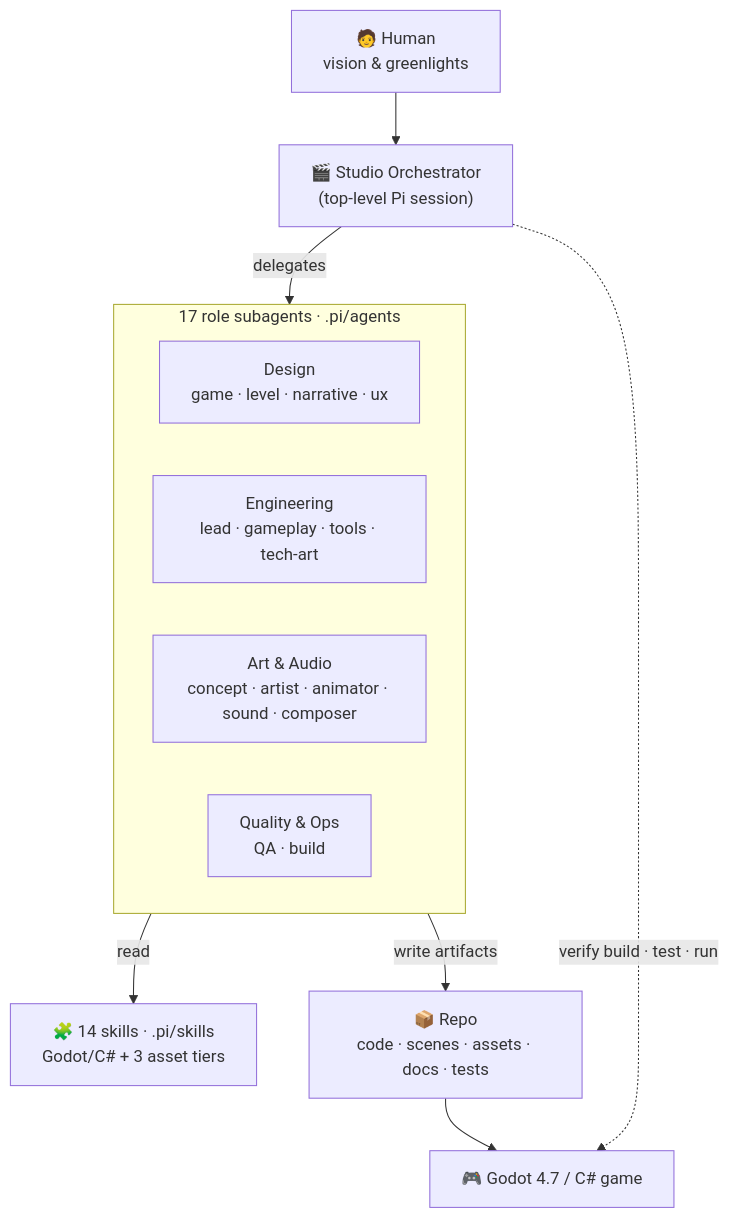
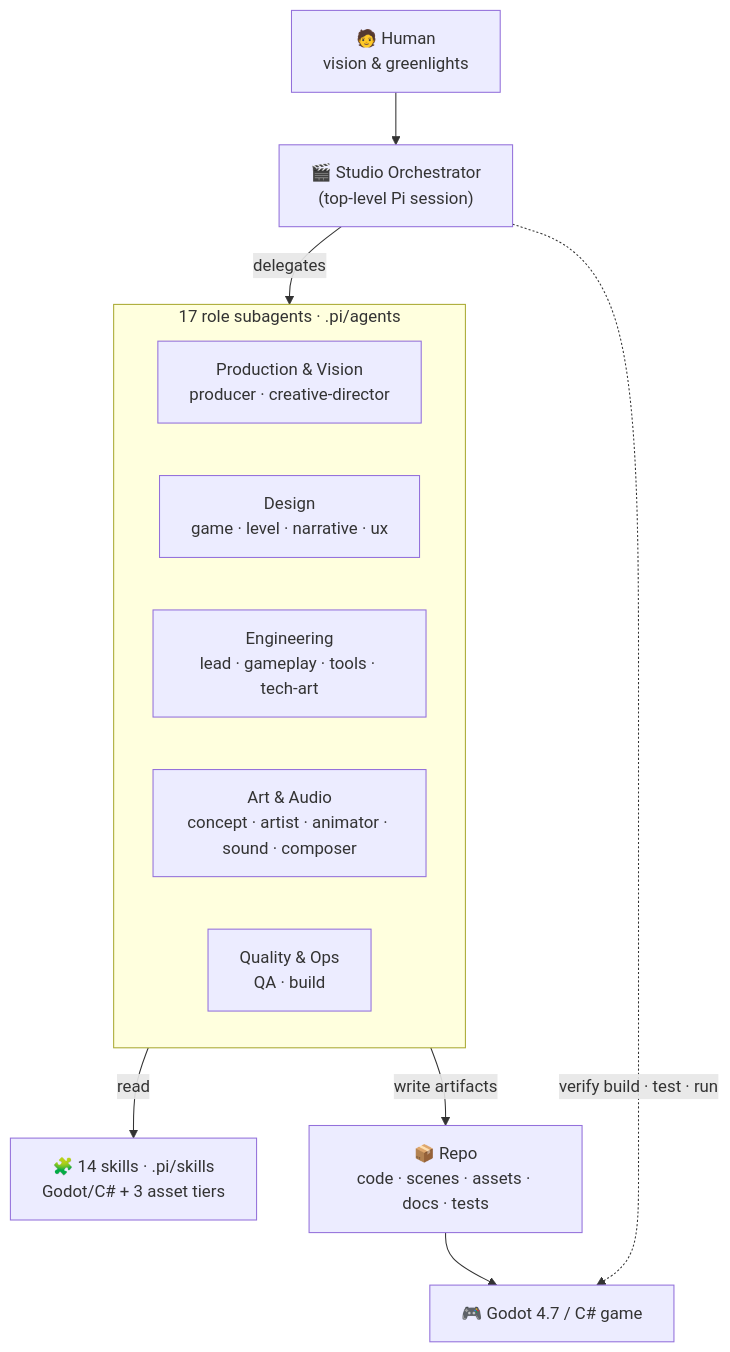
Before and after one commit to marcobdv/fidgetfall: the diagram in README.md, drawn with Mermaid. The commit also changed other lines of this file and 22 other files, not shown here.

````diff
--- a/README.md
+++ b/README.md
@@ -23,16 +23,17 @@
 ```mermaid
 flowchart TB
     Human["🧑 Human<br/>vision &amp; greenlights"] --> Orch["🎬 Studio Orchestrator<br/>(top-level Pi session)"]
     Orch -->|delegates| Roles
     subgraph Roles["17 role subagents · .pi/agents"]
         direction LR
+        ProdVis["Production &amp; Vision<br/>producer · creative-director"]
         Design["Design<br/>game · level · narrative · ux"]
         Eng["Engineering<br/>lead · gameplay · tools · tech-art"]
         ArtAudio["Art &amp; Audio<br/>concept · artist · animator · sound · composer"]
         QO["Quality &amp; Ops<br/>QA · build"]
     end
     Roles -->|read| Skills["🧩 14 skills · .pi/skills<br/>Godot/C# + 3 asset tiers"]
     Roles -->|write artifacts| Repo["📦 Repo<br/>code · scenes · assets · docs · tests"]
     Repo --> Game["🎮 Godot 4.7 / C# game"]
     Orch -.->|verify build · test · run| Game
 ```
````
